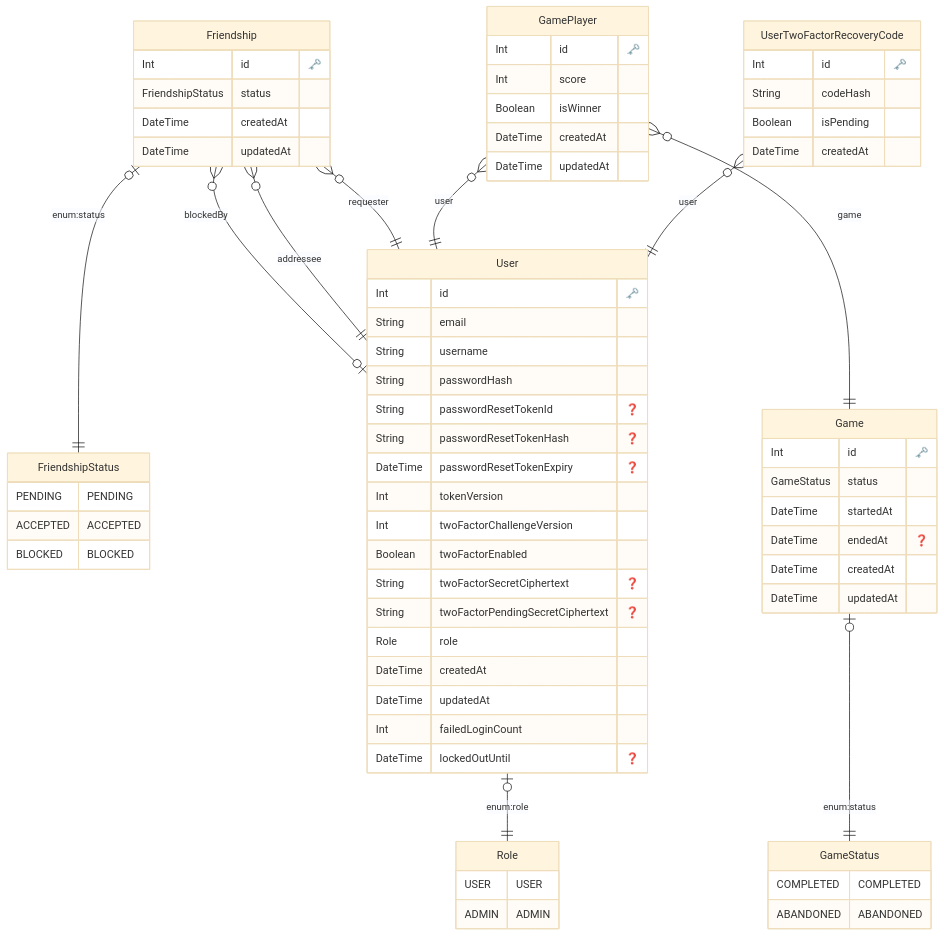
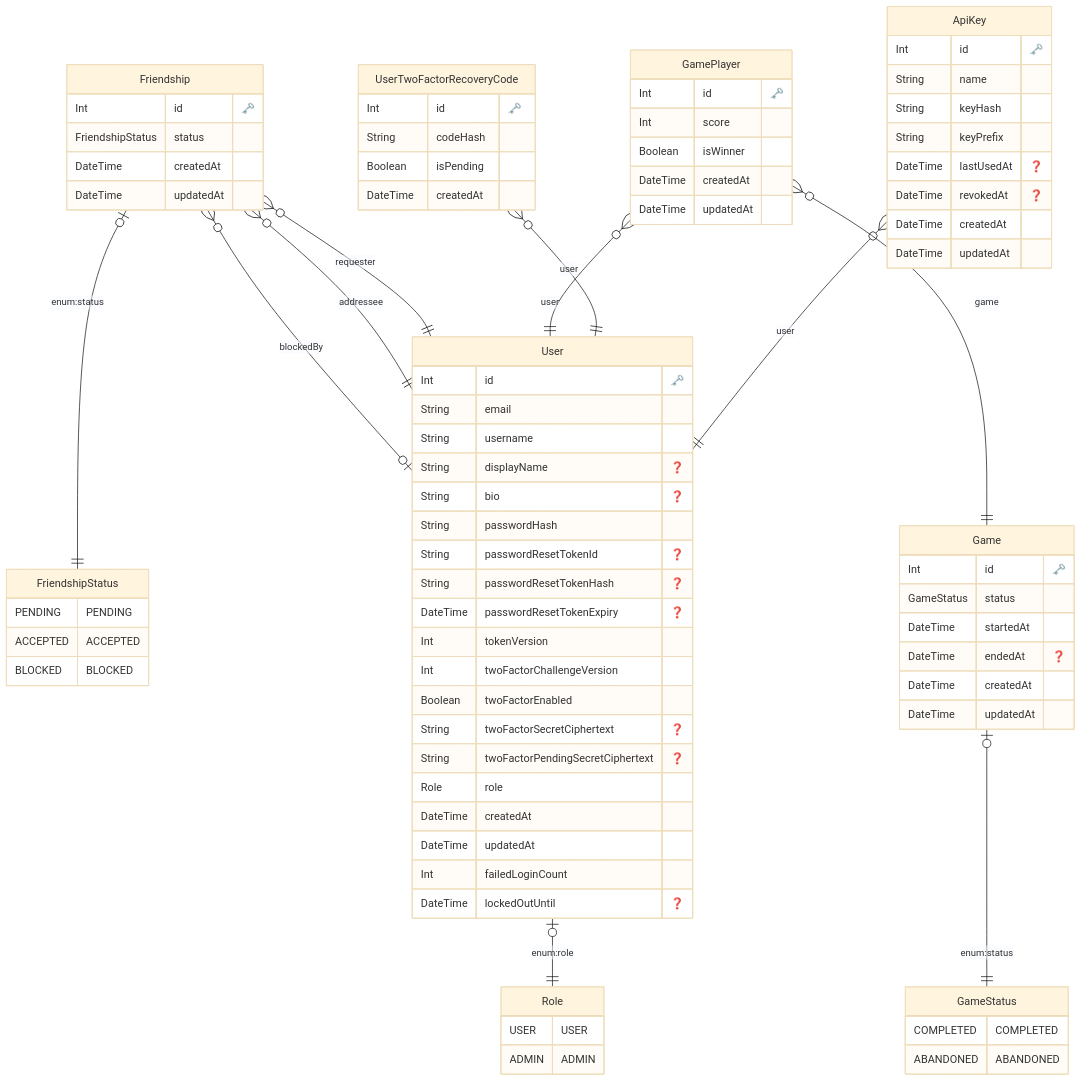
The diagram in docs/ERD.md (Trackscendence/trackscendence), drawn with Mermaid (base theme) before and after one commit. The commit also changed 20 other files, not shown here.

First line of the commit message:
feat(api): add API-key-secured public REST API

```diff
--- a/docs/ERD.md
+++ b/docs/ERD.md
@@ -25,6 +25,8 @@
     Int id "🗝️"
     String email
     String username
+    String displayName "❓"
+    String bio "❓"
     String passwordHash
     String passwordResetTokenId "❓"
     String passwordResetTokenHash "❓"
@@ -39,6 +41,18 @@
     DateTime updatedAt
     Int failedLoginCount
     DateTime lockedOutUntil "❓"
+    }
+
+
+  "ApiKey" {
+    Int id "🗝️"
+    String name
+    String keyHash
+    String keyPrefix
+    DateTime lastUsedAt "❓"
+    DateTime revokedAt "❓"
+    DateTime createdAt
+    DateTime updatedAt
     }
 
 
@@ -77,6 +91,7 @@
     }
 
     "User" |o--|| "Role" : "enum:role"
+    "ApiKey" }o--|| "User" : "user"
     "UserTwoFactorRecoveryCode" }o--|| "User" : "user"
     "Game" |o--|| "GameStatus" : "enum:status"
     "GamePlayer" }o--|| "Game" : "game"
```
